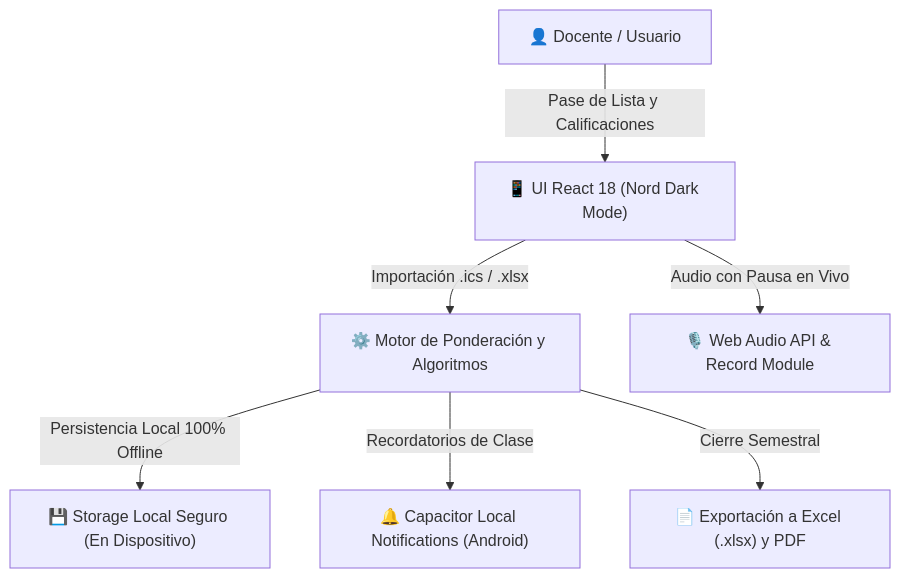
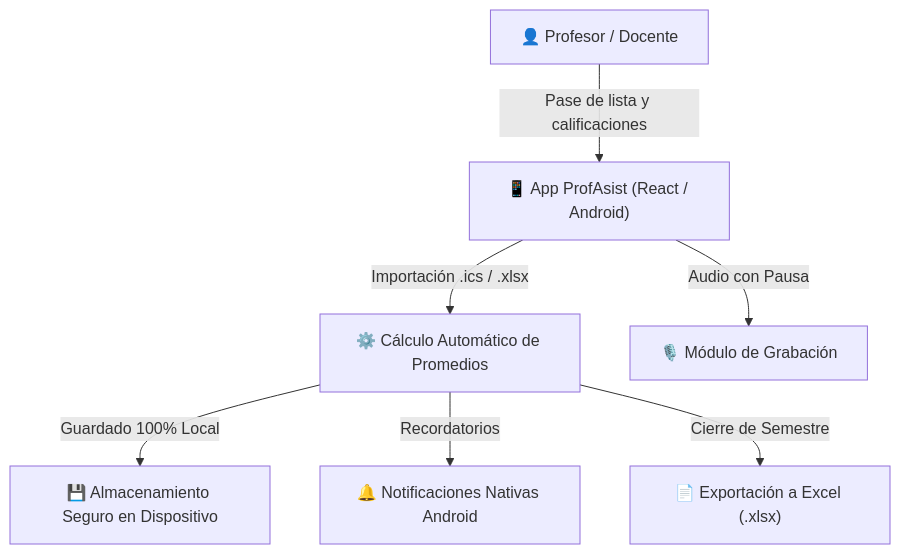
Before and after one commit to carlosmontejo99/profasist: the diagram in README.md, drawn with Mermaid. The commit also changed other lines of this file, not shown here.

````diff
--- a/README.md
+++ b/README.md
@@ -82,9 +70,9 @@
 ```mermaid
 graph TD
-    A["👤 Docente / Usuario"] -->|Pase de Lista y Calificaciones| B["📱 UI React 18 (Nord Dark Mode)"]
-    B -->|Importación .ics / .xlsx| C["⚙️ Motor de Ponderación y Algoritmos"]
-    B -->|Audio con Pausa en Vivo| D["🎙️ Web Audio API & Record Module"]
-    C -->|Persistencia Local 100% Offline| E["💾 Storage Local Seguro (En Dispositivo)"]
-    C -->|Recordatorios de Clase| F["🔔 Capacitor Local Notifications (Android)"]
-    C -->|Cierre Semestral| G["📄 Exportación a Excel (.xlsx) y PDF"]
+    A["👤 Profesor / Docente"] -->|Pase de lista y calificaciones| B["📱 App ProfAsist (React / Android)"]
+    B -->|Importación .ics / .xlsx| C["⚙️ Cálculo Automático de Promedios"]
+    B -->|Audio con Pausa| D["🎙️ Módulo de Grabación"]
+    C -->|Guardado 100% Local| E["💾 Almacenamiento Seguro en Dispositivo"]
+    C -->|Recordatorios| F["🔔 Notificaciones Nativas Android"]
+    C -->|Cierre de Semestre| G["📄 Exportación a Excel (.xlsx)"]
 ```
````
